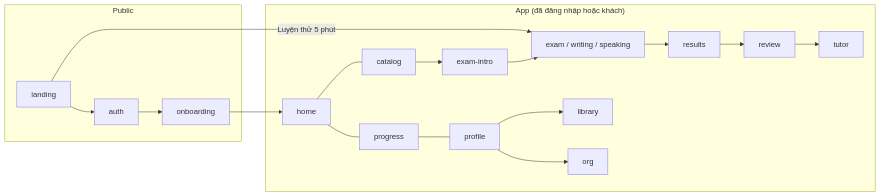
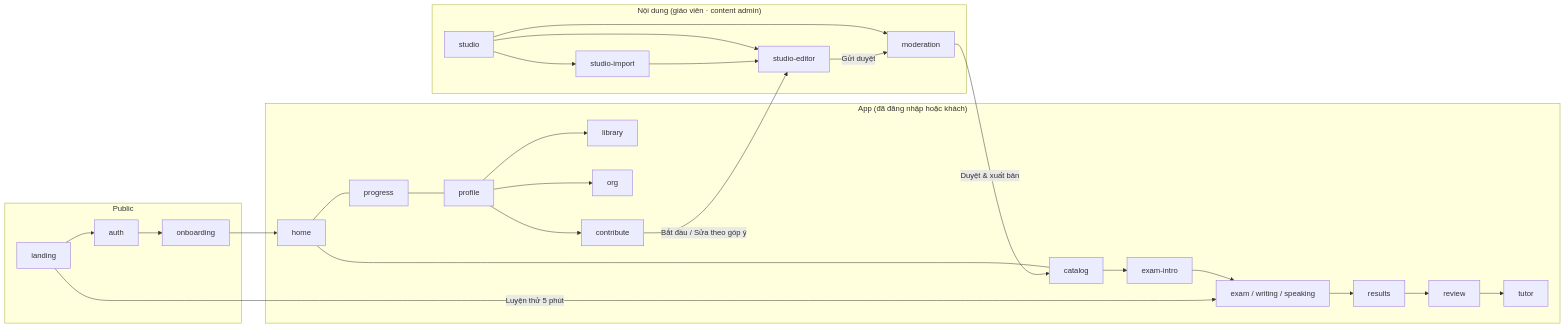
The first of 7 diagrams in apps/ux_preview/product_flow.md (NguyenDuy1910/engrisk), drawn with Mermaid before and after one commit. The commit also changed other lines of this file and 24 other files, not shown here.

````diff
--- a/apps/ux_preview/product_flow.md
+++ b/apps/ux_preview/product_flow.md
@@ -57,18 +58,27 @@
 ```mermaid
 flowchart LR
   subgraph Public
     L[landing] --> AU[auth]
     AU --> ON[onboarding]
   end
   subgraph App["App (đã đăng nhập hoặc khách)"]
     H[home] --- CAT[catalog]
     CAT --> INTRO[exam-intro]
     INTRO --> EX[exam / writing / speaking]
     EX --> RES[results] --> REV[review] --> TU[tutor]
     H --- PR[progress] --- PF[profile]
     PF --> LIB[library]
     PF --> ORG[org]
+    PF --> CO[contribute]
   end
+  subgraph Content["Nội dung (giáo viên · content admin)"]
+    ST[studio] --> ED[studio-editor]
+    ST --> IM[studio-import] --> ED
+    ST --> MOD[moderation]
+  end
+  CO -->|Bắt đầu / Sửa theo góp ý| ED
+  ED -->|Gửi duyệt| MOD
+  MOD -->|Duyệt & xuất bản| CAT
   L -->|Luyện thử 5 phút| EX
   ON --> H
 ```
````
